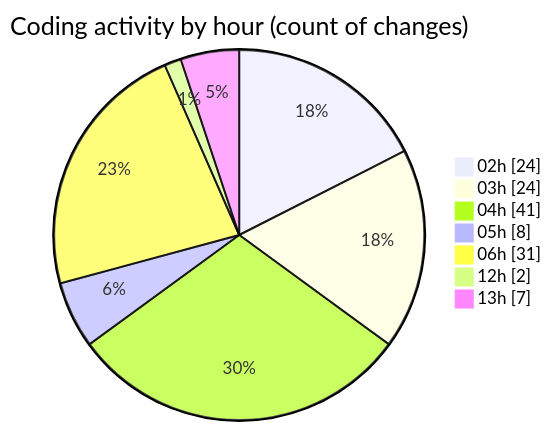
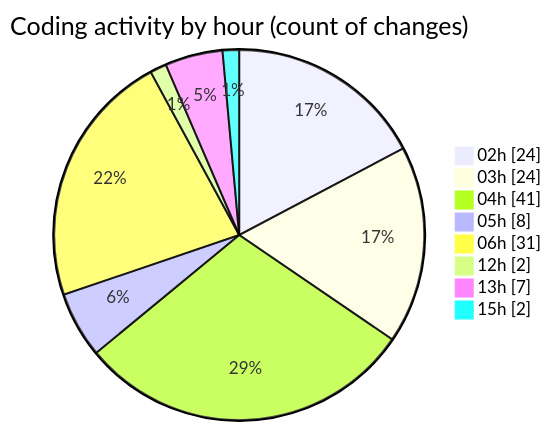
One commit to lephambinh05/code-tracking changed the second of 2 diagrams in 2025-07-23/quanlyrapchieuphim/README.md. Above: the diagram before and after it, drawn with Mermaid. The commit also changed other lines of this file and 1 other file, not shown here.

````diff
--- a/2025-07-23/quanlyrapchieuphim/README.md
+++ b/2025-07-23/quanlyrapchieuphim/README.md
@@ -42,11 +43,12 @@
 ```mermaid
 pie showData
 title Coding activity by hour (count of changes)
 "02h" : 24
 "03h" : 24
 "04h" : 41
 "05h" : 8
 "06h" : 31
 "12h" : 2
 "13h" : 7
+"15h" : 2
 ```
````
